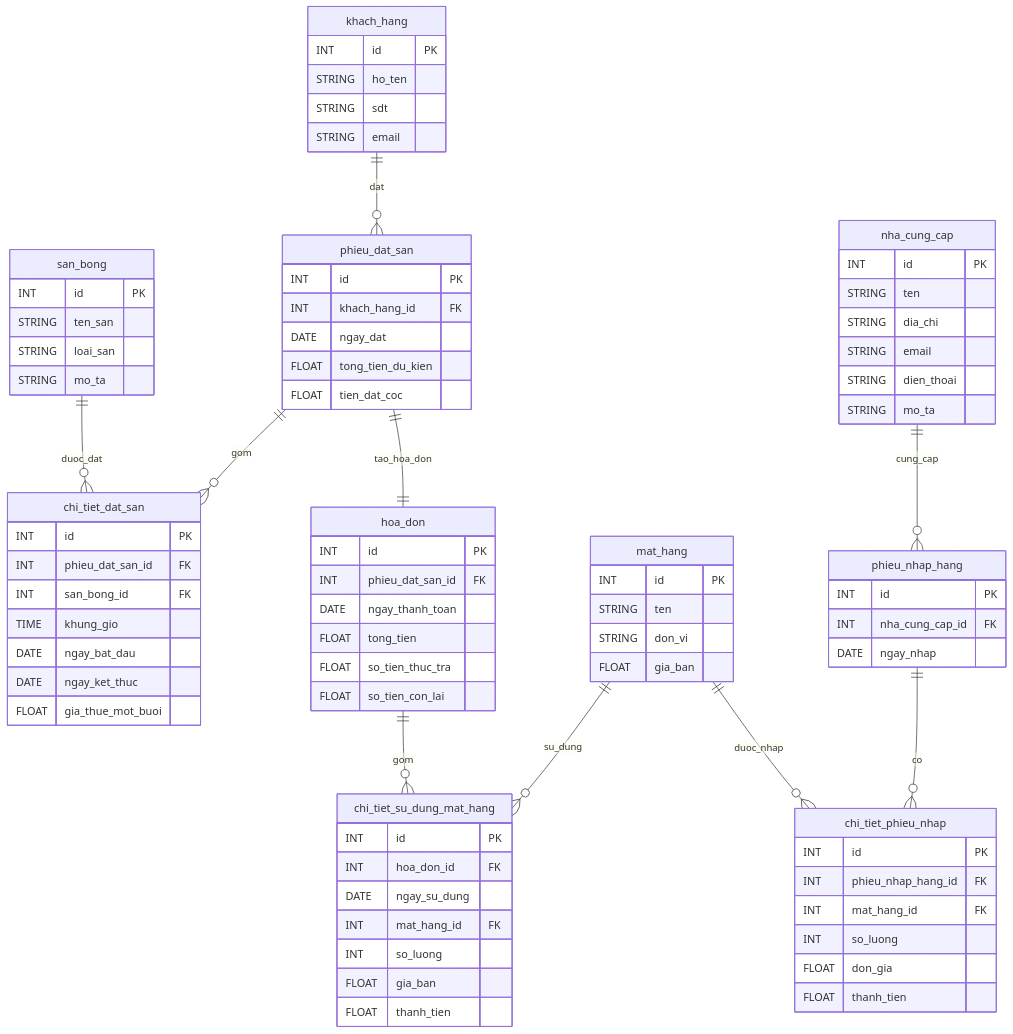
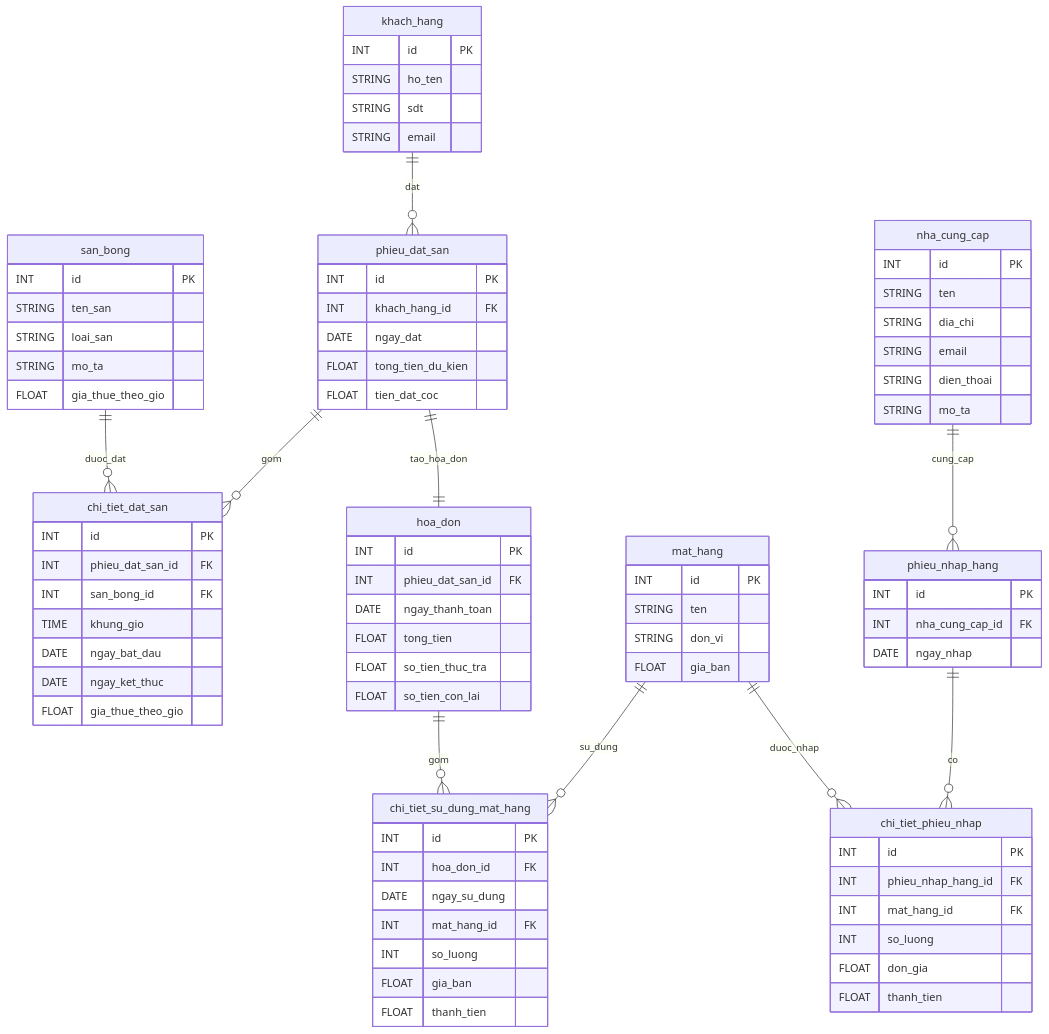
Before and after one commit to hinorashi/qlsb: the fourth of 4 diagrams in README.md, drawn with Mermaid. The commit also changed other lines of this file and 13 other files, not shown here.

Commit message:
thay đổi logic, chuyển gia_thue_mot_buoi  thành gia_thue_theo_gio

```diff
--- a/README.md
+++ b/README.md
@@ -233,6 +233,7 @@
         STRING ten_san
         STRING loai_san
         STRING mo_ta
+        FLOAT gia_thue_theo_gio
     }
 
     phieu_dat_san {
@@ -250,7 +251,7 @@
         TIME khung_gio
         DATE ngay_bat_dau
         DATE ngay_ket_thuc
-        FLOAT gia_thue_mot_buoi
+        FLOAT gia_thue_theo_gio
     }
 
     hoa_don {
```
